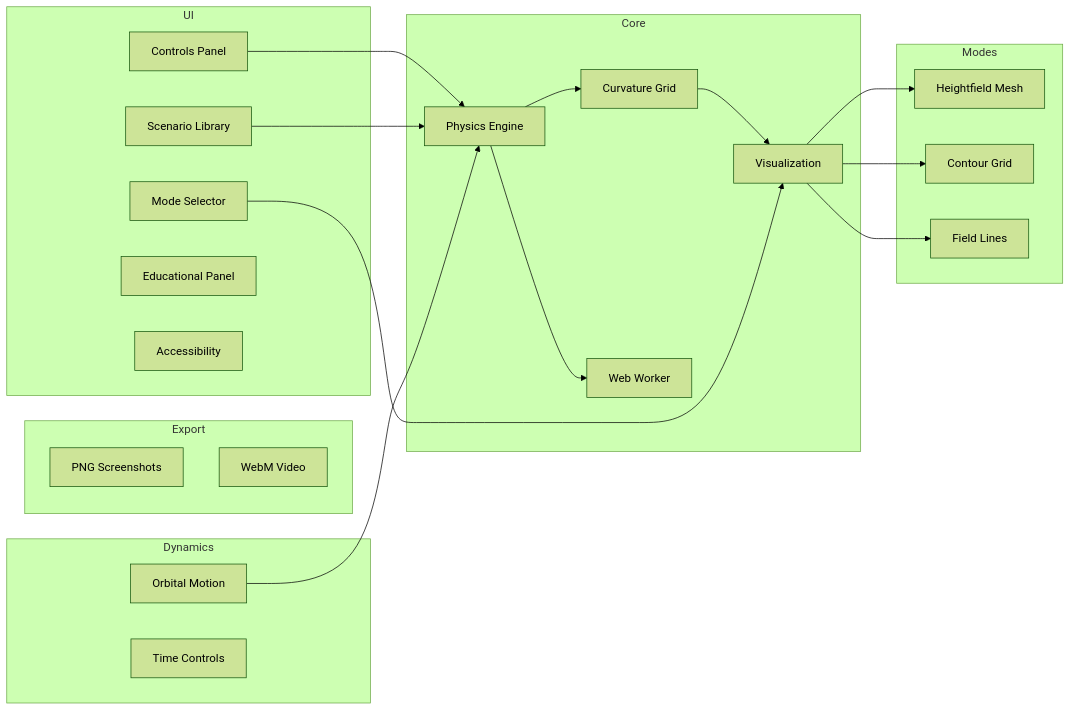
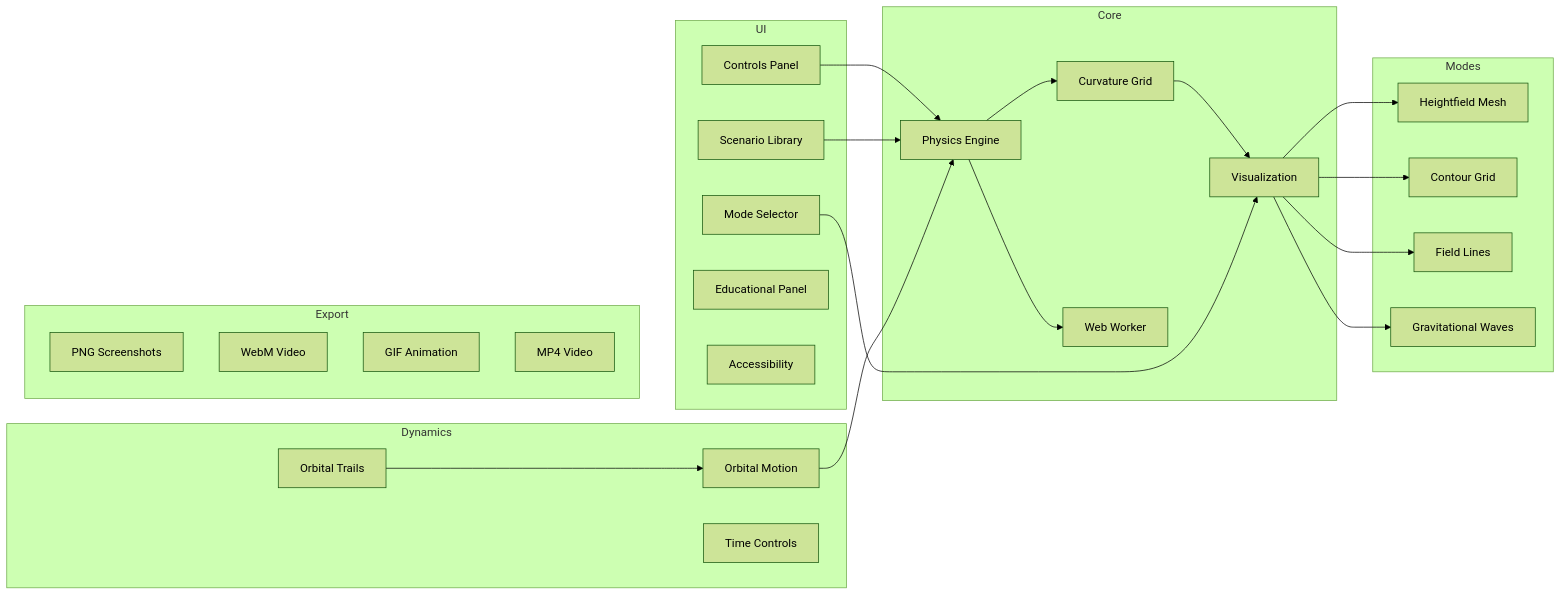
The diagram in docs/roadmap.md (AgentFoundryExamples/spacetime-visualizer), drawn with Mermaid (forest theme) before and after one commit. The commit also changed other lines of this file and 4 other files, not shown here.

````diff
--- a/docs/roadmap.md
+++ b/docs/roadmap.md
@@ -11,37 +11,42 @@
 ```mermaid
 graph LR
     subgraph Core
         A[Physics Engine] --> B[Curvature Grid]
         B --> C[Visualization]
         A --> W[Web Worker]
     end
     
     subgraph Modes
         C --> D[Heightfield Mesh]
         C --> E[Contour Grid]
         C --> F[Field Lines]
+        C --> GW[Gravitational Waves]
     end
     
     subgraph Dynamics
         O[Orbital Motion]
         T[Time Controls]
+        TR[Orbital Trails]
     end
     
     subgraph Export
         P[PNG Screenshots]
         V[WebM Video]
+        GF[GIF Animation]
+        MP[MP4 Video]
     end
     
     subgraph UI
         G[Controls Panel]
         H[Mode Selector]
         I[Scenario Library]
         J[Educational Panel]
         K[Accessibility]
     end
     
     G --> A
     H --> C
     I --> A
     O --> A
+    TR --> O
 ```
````
